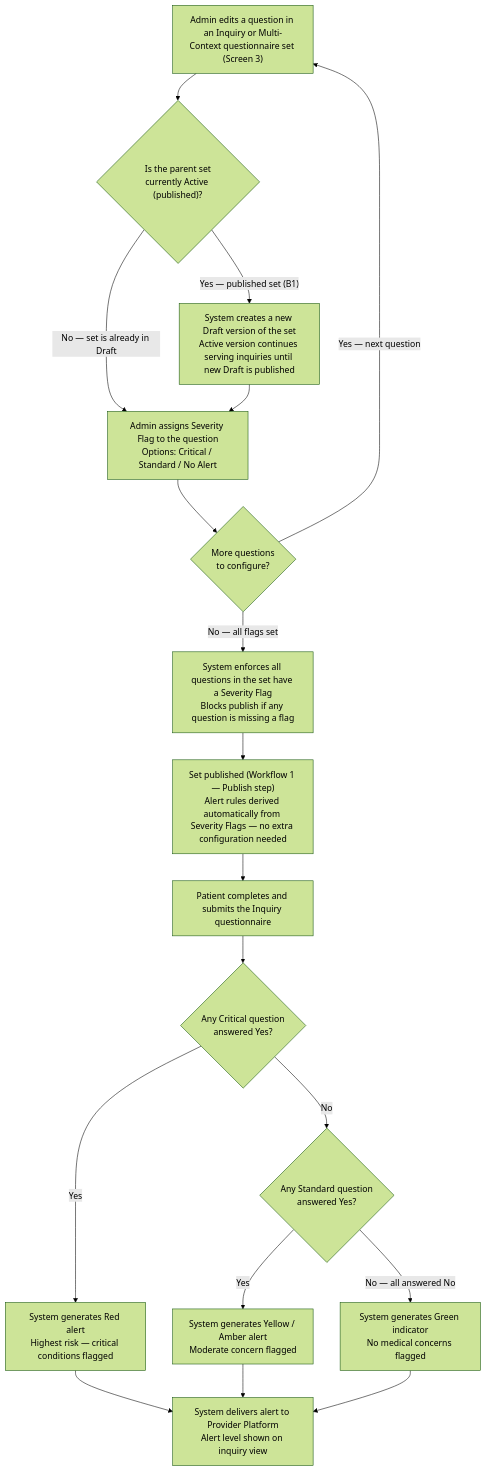
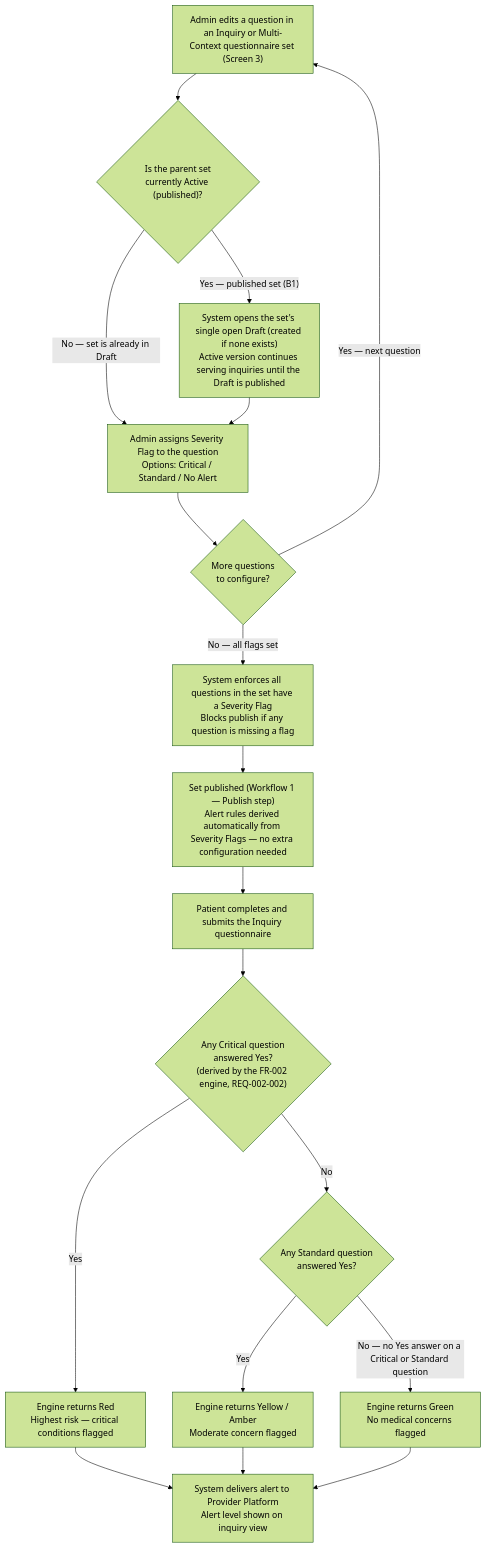
One commit to joachimtrungtuan/hairline-pm-docs changed the second of 4 diagrams in project-requirements/functional-requirements/fr025-medical-questionnaire-management/prd.md. Above: the diagram before and after it, drawn with Mermaid (forest theme). The commit also changed other lines of this file and 5 other files, not shown here.

Commit message:
docs(fr025): apply logic review pass 1 fixes to PRD and graph

````diff
--- a/project-requirements/functional-requirements/fr025-medical-questionnaire-management/prd.md
+++ b/project-requirements/functional-requirements/fr025-medical-questionnaire-management/prd.md
@@ -114,31 +123,31 @@
 ```mermaid
 flowchart TD
     START["Admin edits a question in an Inquiry or Multi-Context questionnaire set (Screen 3)"]
 
     START --> PUBCHK{"Is the parent set\ncurrently Active (published)?"}
 
-    PUBCHK -->|"Yes — published set (B1)"| NEWDRAFT["System creates a new Draft version of the set\nActive version continues serving inquiries until new Draft is published"]
+    PUBCHK -->|"Yes — published set (B1)"| NEWDRAFT["System opens the set's single open Draft (created if none exists)\nActive version continues serving inquiries until the Draft is published"]
     PUBCHK -->|"No — set is already in Draft"| SETFLAG
 
     NEWDRAFT --> SETFLAG["Admin assigns Severity Flag to the question\nOptions: Critical / Standard / No Alert"]
 
     SETFLAG --> MORE{"More questions\nto configure?"}
     MORE -->|"Yes — next question"| START
     MORE -->|"No — all flags set"| ENFORCE["System enforces all questions in the set have a Severity Flag\nBlocks publish if any question is missing a flag"]
 
     ENFORCE --> PUBLISH["Set published (Workflow 1 — Publish step)\nAlert rules derived automatically from Severity Flags — no extra configuration needed"]
 
     PUBLISH --> PATIENT["Patient completes and submits the Inquiry questionnaire"]
 
-    PATIENT --> CRIT{"Any Critical question\nanswered Yes?"}
+    PATIENT --> CRIT{"Any Critical question\nanswered Yes?\n(derived by the FR-002 engine, REQ-002-002)"}
 
-    CRIT -->|"Yes"| RED["System generates Red alert\nHighest risk — critical conditions flagged"]
+    CRIT -->|"Yes"| RED["Engine returns Red\nHighest risk — critical conditions flagged"]
     CRIT -->|"No"| STD{"Any Standard question\nanswered Yes?"}
 
-    STD -->|"Yes"| AMBER["System generates Yellow / Amber alert\nModerate concern flagged"]
-    STD -->|"No — all answered No"| GREEN["System generates Green indicator\nNo medical concerns flagged"]
+    STD -->|"Yes"| AMBER["Engine returns Yellow / Amber\nModerate concern flagged"]
+    STD -->|"No — no Yes answer on a Critical or Standard question"| GREEN["Engine returns Green\nNo medical concerns flagged"]
 
     RED --> DELIVER["System delivers alert to Provider Platform\nAlert level shown on inquiry view"]
     AMBER --> DELIVER
     GREEN --> DELIVER
 ```
````
